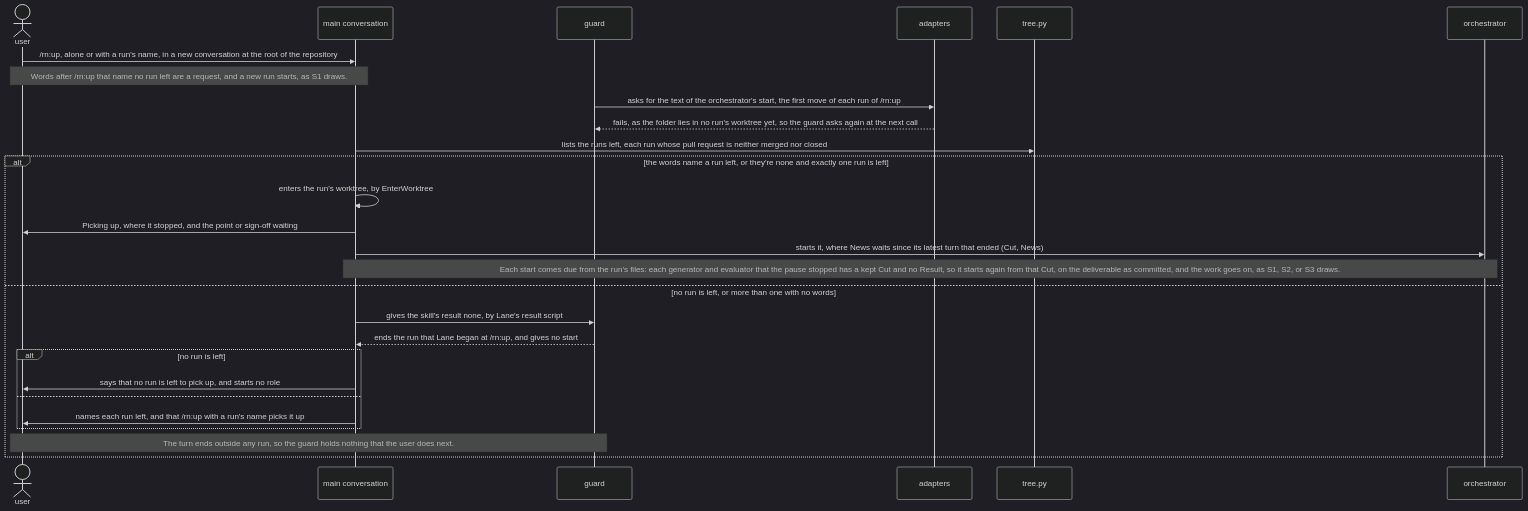
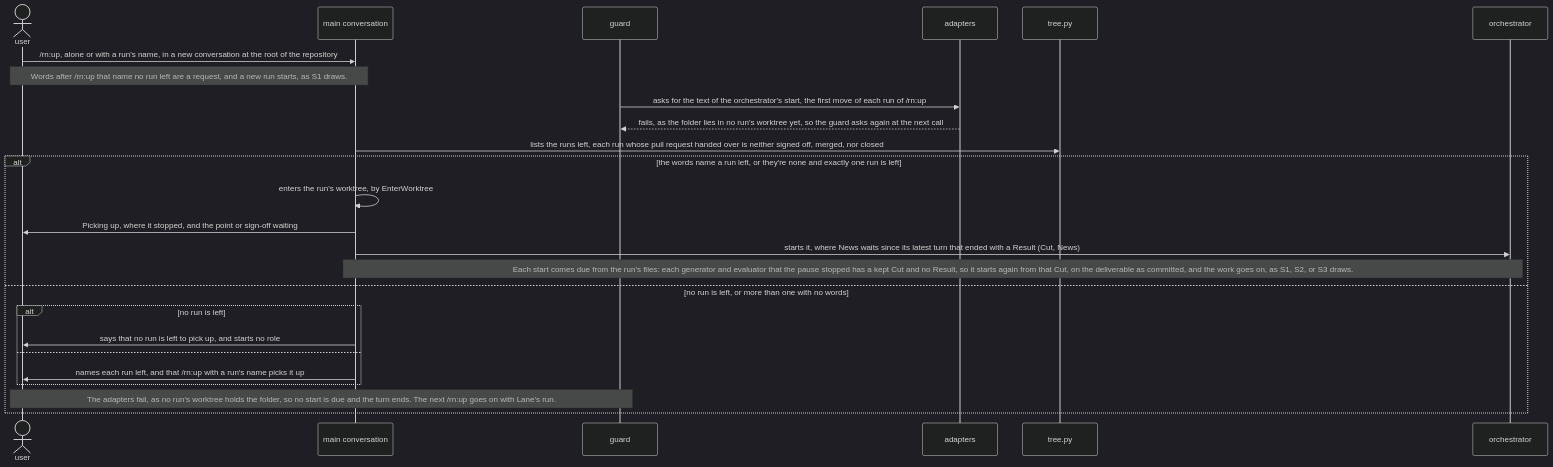
One commit to lovaizu/ccpm changed the fifth of 6 diagrams in dev/rn/architecture.md. Above: the diagram before and after it, drawn with Mermaid (dark theme). The commit also changed other lines of this file and 2 other files, not shown here.

First line of the commit message:
rn's routes list only starts, and only the routes after a pause and after the orchestrator's finished end the run, as a third independent trace, reading Lane's code, found that a wait in every route lets the main conversation end its turn with a start due

````diff
--- a/dev/rn/architecture.md
+++ b/dev/rn/architecture.md
@@ -387,29 +388,27 @@
 ```mermaid
 sequenceDiagram
   actor U as user
   participant M as main conversation
   participant GD as guard
   participant A as adapters
   participant T as tree.py
   participant O as orchestrator
   U->>M: /rn:up, alone or with a run's name, in a new conversation at the root of the repository
   Note over U,M: Words after /rn:up that name no run left are a request, and a new run starts, as S1 draws.
   GD->>A: asks for the text of the orchestrator's start, the first move of each run of /rn:up
   A-->>GD: fails, as the folder lies in no run's worktree yet, so the guard asks again at the next call
-  M->>T: lists the runs left, each run whose pull request is neither merged nor closed
+  M->>T: lists the runs left, each run whose pull request handed over is neither signed off, merged, nor closed
   alt the words name a run left, or they're none and exactly one run is left
     M->>M: enters the run's worktree, by EnterWorktree
     M->>U: Picking up, where it stopped, and the point or sign-off waiting
-    M->>O: starts it, where News waits since its latest turn that ended (Cut, News)
+    M->>O: starts it, where News waits since its latest turn that ended with a Result (Cut, News)
     Note over M,O: Each start comes due from the run's files: each generator and evaluator that the pause stopped has a kept Cut and no Result, so it starts again from that Cut, on the deliverable as committed, and the work goes on, as S1, S2, or S3 draws.
   else no run is left, or more than one with no words
-    M->>GD: gives the skill's result none, by Lane's result script
-    GD-->>M: ends the run that Lane began at /rn:up, and gives no start
     alt no run is left
       M->>U: says that no run is left to pick up, and starts no role
     else
       M->>U: names each run left, and that /rn:up with a run's name picks it up
     end
-    Note over U,GD: The turn ends outside any run, so the guard holds nothing that the user does next.
+    Note over U,GD: The adapters fail, as no run's worktree holds the folder, so no start is due and the turn ends. The next /rn:up goes on with Lane's run.
   end
 ```
````
